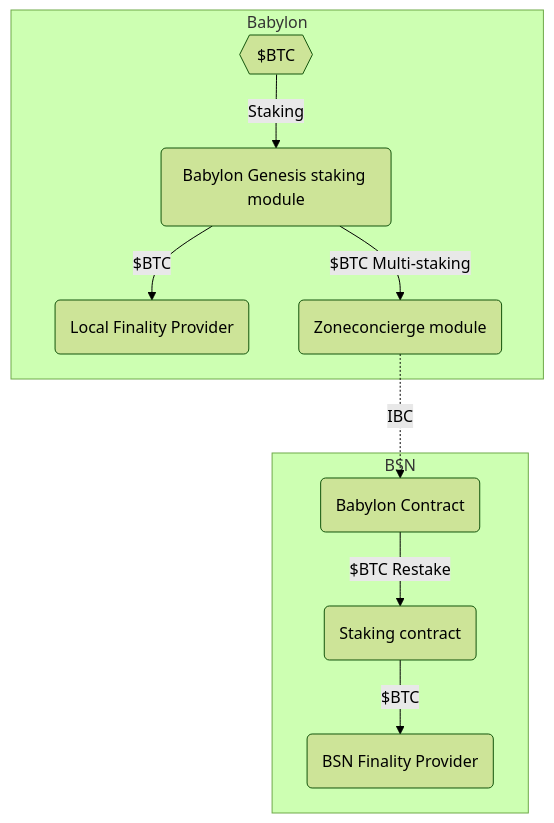
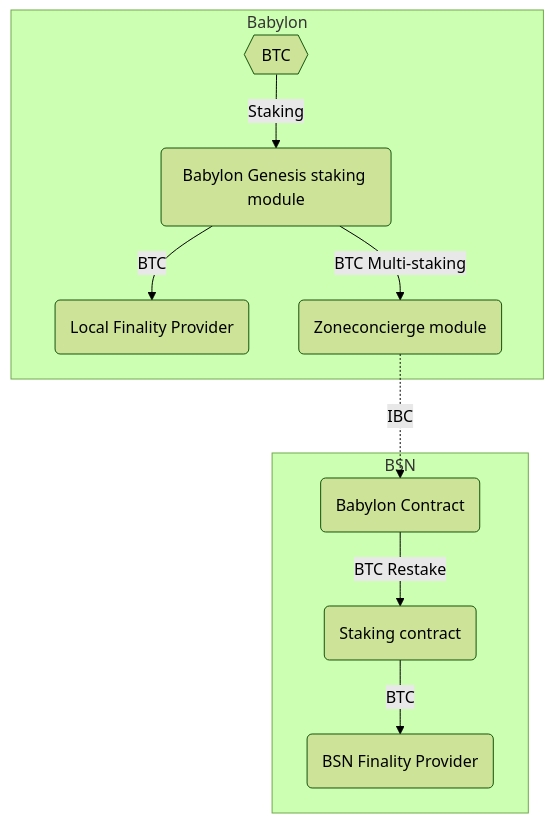
The first of 2 diagrams in docs/ARCHITECTURE.md (babylonlabs-io/cosmos-bsn-contracts), drawn with Mermaid before and after one commit. The commit also changed other lines of this file, not shown here.

Commit message:
Ditch the $BTC

````diff
--- a/docs/ARCHITECTURE.md
+++ b/docs/ARCHITECTURE.md
@@ -6,16 +6,16 @@
 ```mermaid
 %%{init: {'theme': 'forest'}}%%
 flowchart TD
   subgraph Babylon
-  A{{$BTC}} -- Staking --> B(Babylon Genesis staking module);
-  B -- $BTC --> C(Local Finality Provider);
-  B -- $BTC Multi-staking --> D(Zoneconcierge module);
+  A{{BTC}} -- Staking --> B(Babylon Genesis staking module);
+  B -- BTC --> C(Local Finality Provider);
+  B -- BTC Multi-staking --> D(Zoneconcierge module);
   end
 
   D -. IBC .-> E;
 
   subgraph BSN
-  E(Babylon Contract) -- $BTC Restake --> U(Staking contract);
-  U -- $BTC --> V(BSN Finality Provider);
+  E(Babylon Contract) -- BTC Restake --> U(Staking contract);
+  U -- BTC --> V(BSN Finality Provider);
   end
 ```
````
